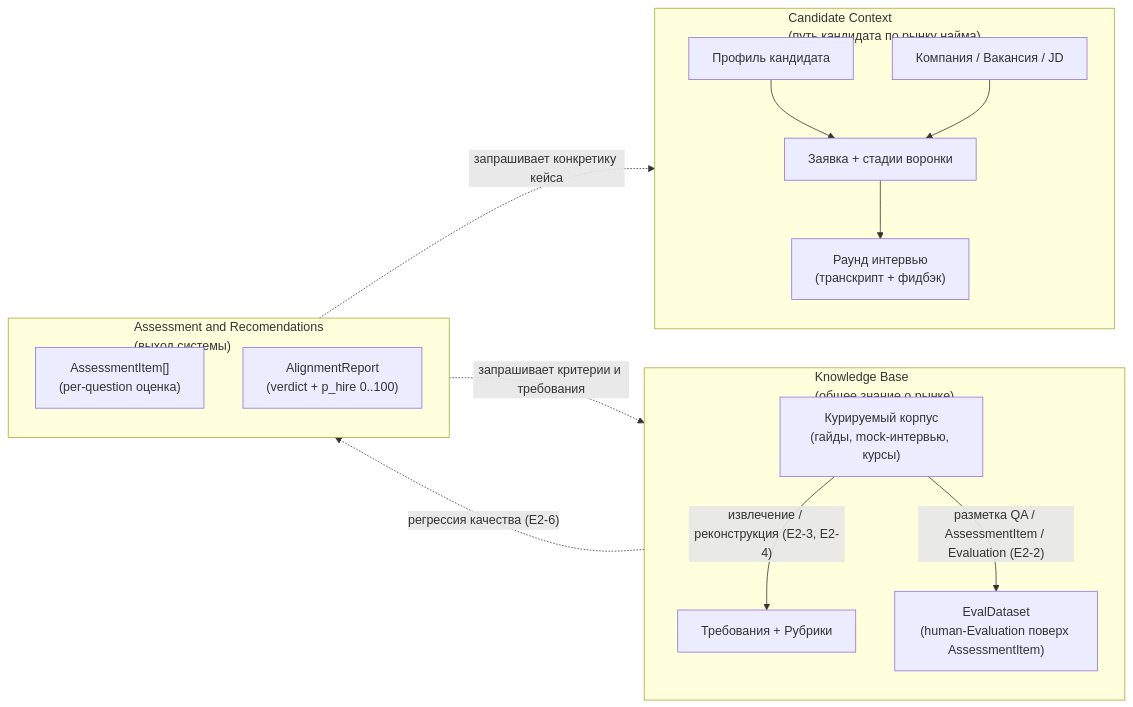
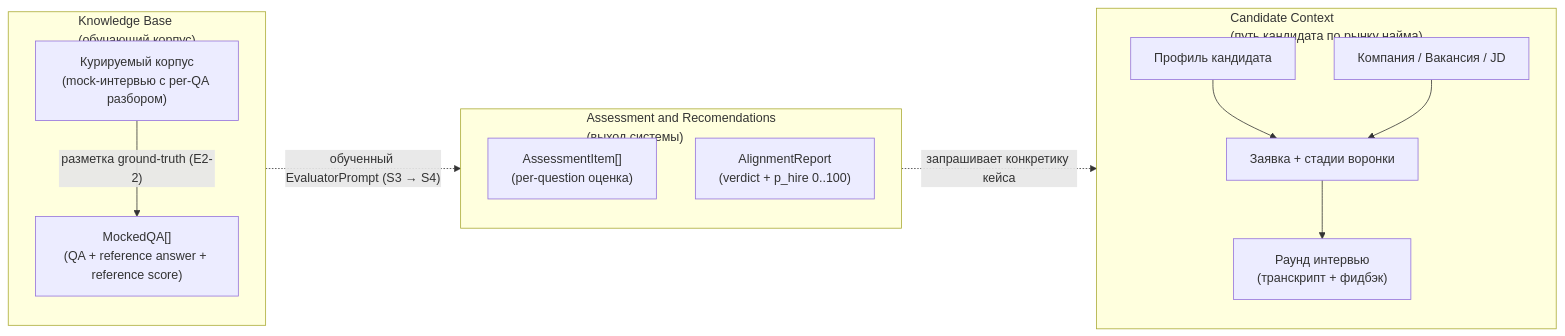
Before and after one commit to margomrkv/interview-debrief-assistant: the first of 4 diagrams in md/spec.md, drawn with Mermaid. The commit also changed other lines of this file and 3 other files, not shown here.

````diff
--- a/md/spec.md
+++ b/md/spec.md
@@ -53,32 +53,29 @@
 ```mermaid
 flowchart LR
     subgraph CC["Candidate Context<br/>(путь кандидата по рынку найма)"]
         direction TB
         CC1["Профиль кандидата"]
         CC2["Компания / Вакансия / JD"]
         CC3["Заявка + стадии воронки"]
         CC4["Раунд интервью<br/>(транскрипт + фидбэк)"]
         CC1 --> CC3
         CC2 --> CC3
         CC3 --> CC4
     end
 
-    subgraph KB["Knowledge Base<br/>(общее знание о рынке)"]
+    subgraph KB["Knowledge Base<br/>(обучающий корпус)"]
         direction TB
-        KB1["Курируемый корпус<br/>(гайды, mock-интервью, курсы)"]
-        KB2["Требования + Рубрики"]
-        KB3["EvalDataset<br/>(human-Evaluation поверх AssessmentItem)"]
-        KB1 -- "извлечение / реконструкция (E2-3, E2-4)" --> KB2
-        KB1 -- "разметка QA / AssessmentItem / Evaluation (E2-2)" --> KB3
+        KB1["Курируемый корпус<br/>(mock-интервью с per-QA разбором)"]
+        KB2["MockedQA[]<br/>(QA + reference answer + reference score)"]
+        KB1 -- "разметка ground-truth (E2-2)" --> KB2
     end
 
     subgraph AR["Assessment and Recomendations<br/>(выход системы)"]
         direction TB
         AR1["AssessmentItem[]<br/>(per-question оценка)"]
         AR2["AlignmentReport<br/>(verdict + p_hire 0..100)"]
     end
 
     AR -. "запрашивает конкретику кейса" .-> CC
-    AR -. "запрашивает критерии и требования" .-> KB
-    KB3 -. "регрессия качества (E2-6)" .-> AR
+    KB -. "обученный EvaluatorPrompt (S3 → S4)" .-> AR
 ```
````
